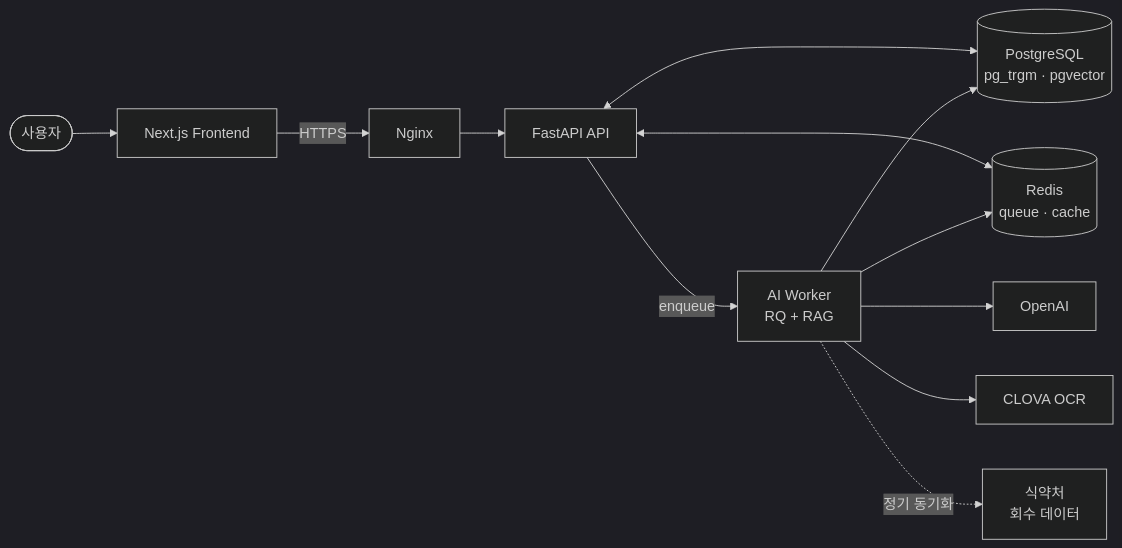
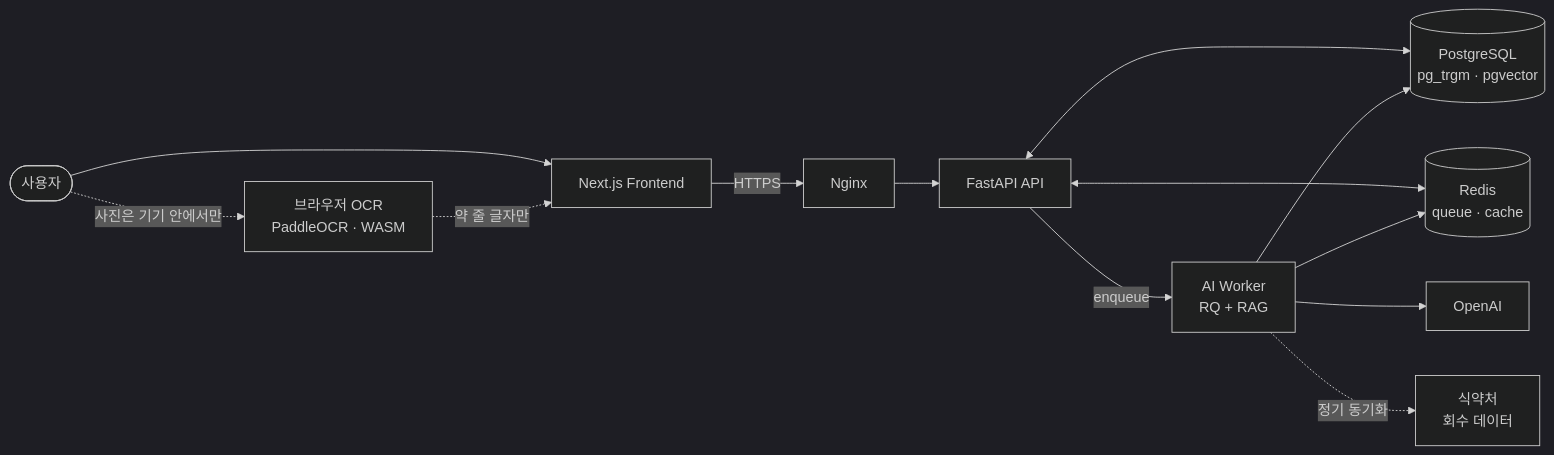
Before and after one commit to kimyeongbin-dev/Doseph: the first of 2 diagrams in README.md, drawn with Mermaid (dark theme). The commit also changed other lines of this file and 18 other files, not shown here.

First line of the commit message:
feat(ocr): 브라우저 OCR 과 약 줄 고르기 추가

````diff
--- a/README.md
+++ b/README.md
@@ -57,14 +57,15 @@
 ```mermaid
 flowchart LR
     User(["사용자"]) --> FE["Next.js Frontend"]
     FE -->|HTTPS| NX["Nginx"]
     NX --> API["FastAPI API"]
     API <--> PG[("PostgreSQL<br/>pg_trgm · pgvector")]
     API <--> RD[("Redis<br/>queue · cache")]
     API -->|enqueue| W["AI Worker<br/>RQ + RAG"]
     W --> PG
     W --> RD
     W --> OAI["OpenAI"]
-    W --> CLV["CLOVA OCR"]
+    User -.->|사진은 기기 안에서만| BOCR["브라우저 OCR<br/>PaddleOCR · WASM"]
+    BOCR -.->|약 줄 글자만| FE
     W -.->|정기 동기화| DSA["식약처<br/>회수 데이터"]
 ```
````
